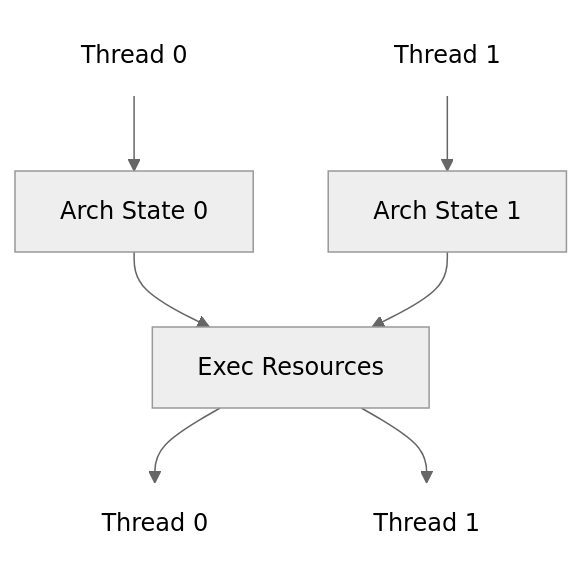
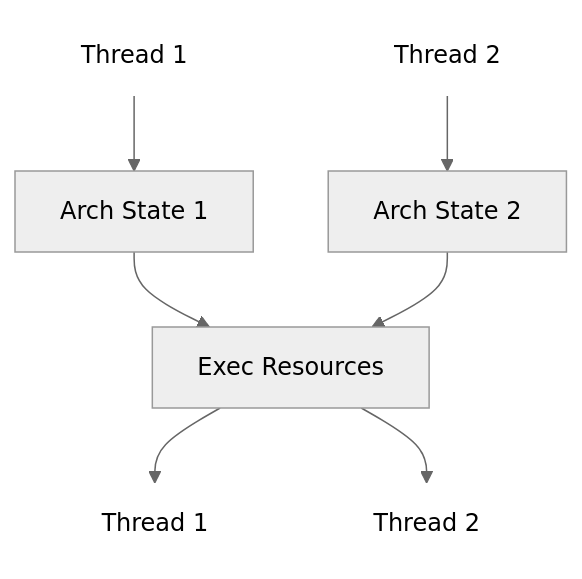
The first of 2 diagrams in presentation.md (igoragoli/fosdem-2026-software-performance), drawn with Mermaid before and after one commit. The commit also changed other lines of this file, not shown here.

Commit message:
update smt diagrams

````diff
--- a/presentation.md
+++ b/presentation.md
@@ -221,15 +221,15 @@
 ```mermaid
 %%{init: {'theme': 'neutral'}}%%
 
 graph TB
-    T0[Thread 0] --> AS0["Arch State 0"]
     T1[Thread 1] --> AS1["Arch State 1"]
-    AS0 --> E["Exec Resources"]
-    AS1 --> E
-    E --> O0[Thread 0]
+    T2[Thread 2] --> AS2["Arch State 2"]
+    AS1 --> E["Exec Resources"]
+    AS2 --> E
     E --> O1[Thread 1]
-    style T0 fill:none,stroke:none
+    E --> O2[Thread 2]
     style T1 fill:none,stroke:none
-    style O0 fill:none,stroke:none
+    style T2 fill:none,stroke:none
     style O1 fill:none,stroke:none
+    style O2 fill:none,stroke:none
 ```
````
